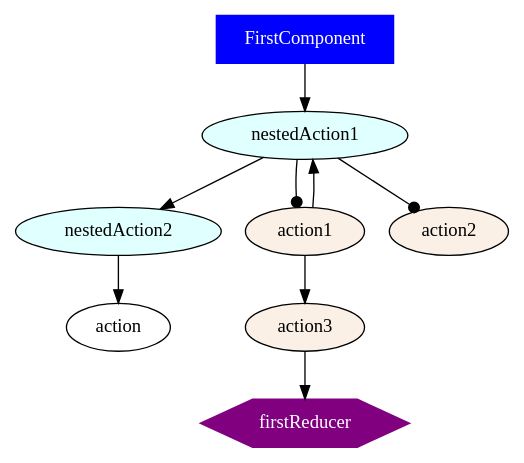
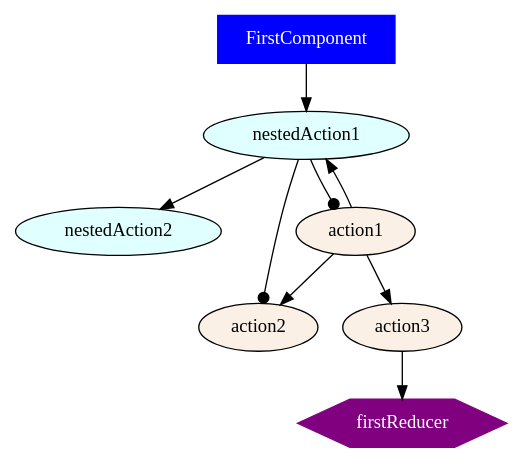
The diagram in docs/examples/case2/out/all.dot (ammarnajjar/ngrx-graph), drawn with Graphviz before and after one commit. The commit also changed 37 other files, not shown here.

```diff
--- a/docs/examples/case2/out/all.dot
+++ b/docs/examples/case2/out/all.dot
@@ -1,17 +1,17 @@
 digraph {
 FirstComponent [shape="box", color=blue, fillcolor=blue, fontcolor=white, style=filled]
 nestedAction1 [color=black, fillcolor=lightcyan, fontcolor=black, style=filled]
 nestedAction2 [color=black, fillcolor=lightcyan, fontcolor=black, style=filled]
 action1 [fillcolor=linen, style=filled]
 action2 [fillcolor=linen, style=filled]
 action3 [fillcolor=linen, style=filled]
 firstReducer [shape="hexagon", color=purple, fillcolor=purple, fontcolor=white, style=filled]
 FirstComponent -> nestedAction1
 action1 -> nestedAction1
+action1 -> action2
 action1 -> action3
 nestedAction1 -> nestedAction2
-nestedAction2 -> action
 action3 -> firstReducer
 nestedAction1 -> action1 [arrowhead=dot]
 nestedAction1 -> action2 [arrowhead=dot]
 }
```
